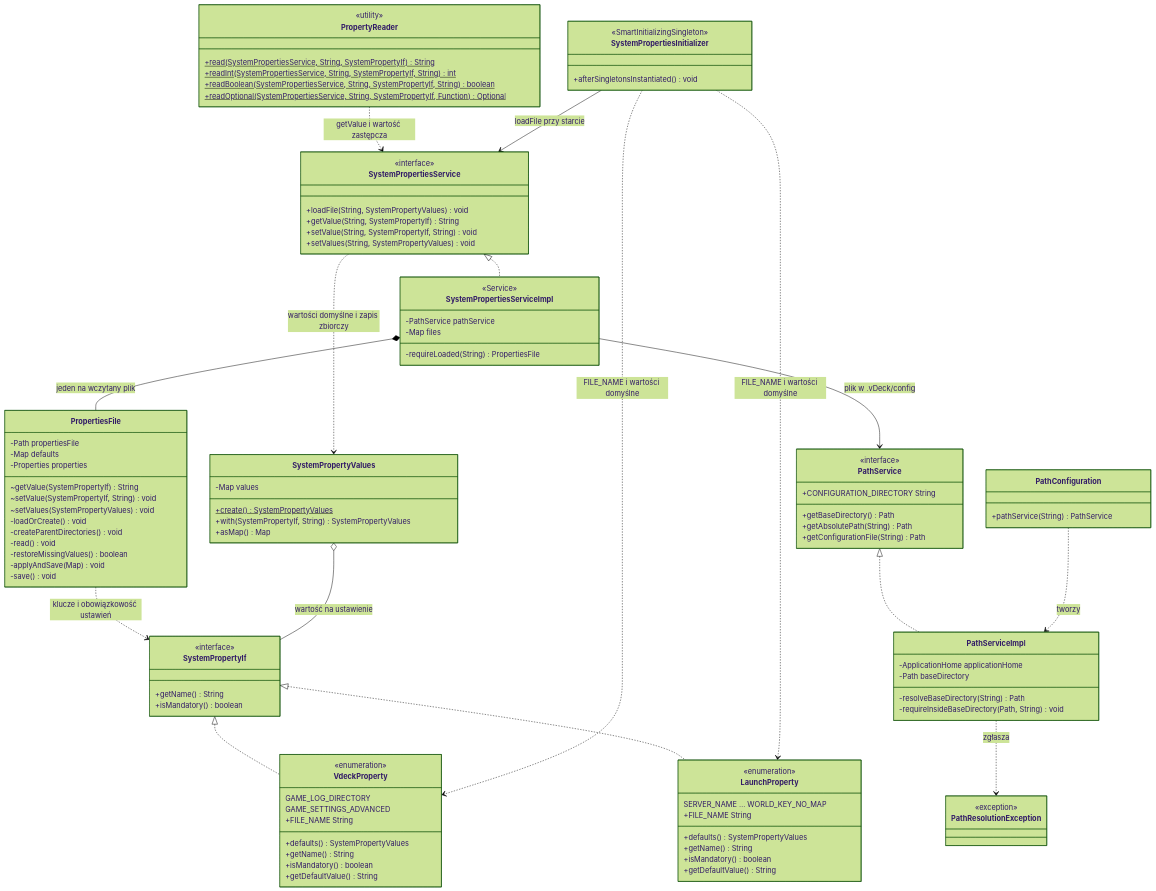
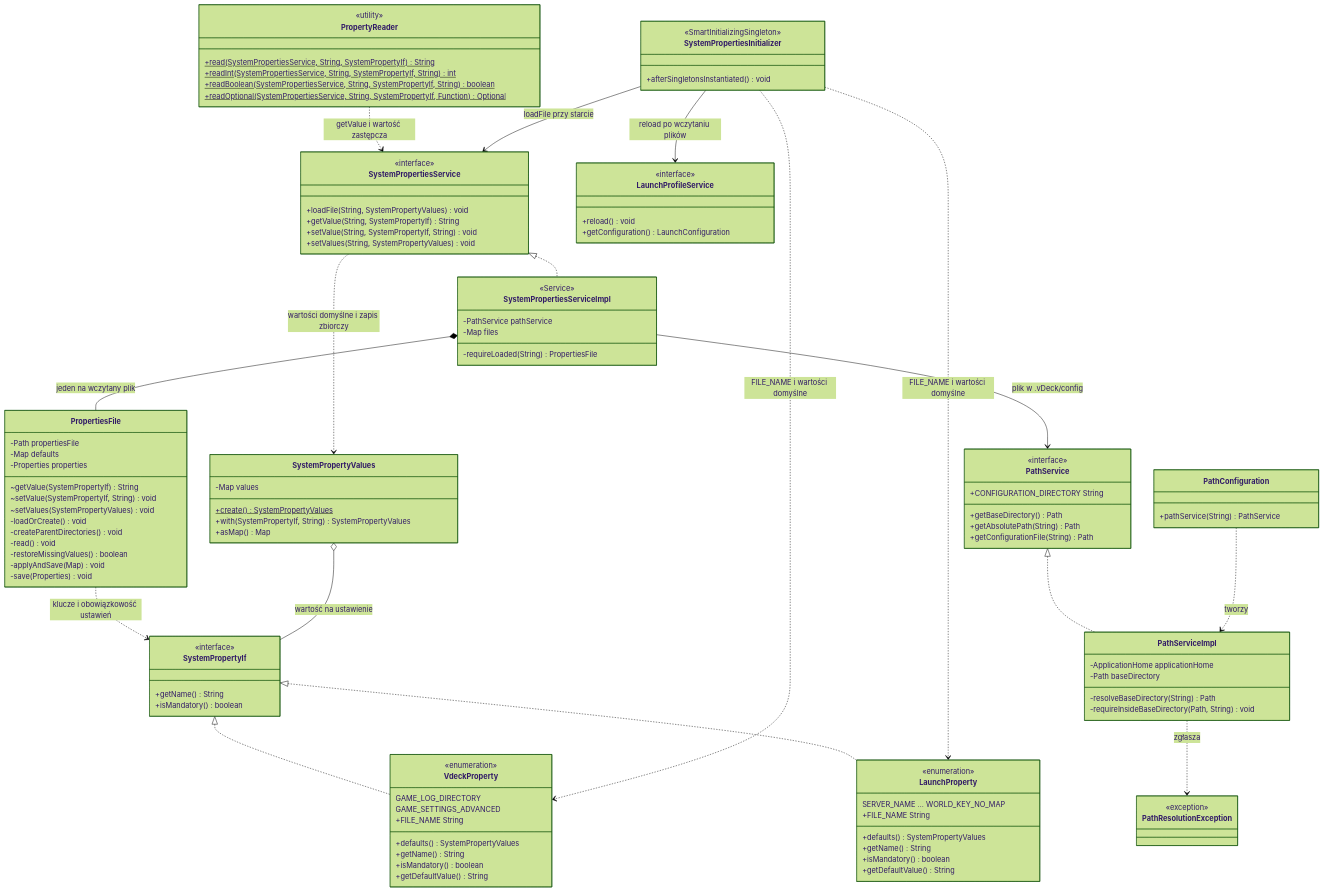
The diagram in dokumentacja/diagramy/wspolne/klasy-konfiguracja.mmd (Pplociennik/vDeck), drawn with Mermaid (forest theme) before and after one commit. The commit also changed 85 other files, not shown here.

```diff
--- a/dokumentacja/diagramy/wspolne/klasy-konfiguracja.mmd
+++ b/dokumentacja/diagramy/wspolne/klasy-konfiguracja.mmd
@@ -1,119 +1,126 @@
 %% Diagram klas: infrastruktura konfiguracji i rozwiązywania ścieżek
 classDiagram
     direction TB
 
     class SystemPropertyIf {
         <<interface>>
         +getName() String
         +isMandatory() boolean
     }
 
     class VdeckProperty {
         <<enumeration>>
         GAME_LOG_DIRECTORY
         GAME_SETTINGS_ADVANCED
         +FILE_NAME String
         +defaults() SystemPropertyValues
         +getName() String
         +isMandatory() boolean
         +getDefaultValue() String
     }
 
     class LaunchProperty {
         <<enumeration>>
         SERVER_NAME … WORLD_KEY_NO_MAP
         +FILE_NAME String
         +defaults() SystemPropertyValues
         +getName() String
         +isMandatory() boolean
         +getDefaultValue() String
     }
 
     class SystemPropertyValues {
         -Map values
         +create()$ SystemPropertyValues
         +with(SystemPropertyIf, String) SystemPropertyValues
         +asMap() Map
     }
 
     class PropertyReader {
         <<utility>>
         +read(SystemPropertiesService, String, SystemPropertyIf)$ String
         +readInt(SystemPropertiesService, String, SystemPropertyIf, String)$ int
         +readBoolean(SystemPropertiesService, String, SystemPropertyIf, String)$ boolean
         +readOptional(SystemPropertiesService, String, SystemPropertyIf, Function)$ Optional
     }
 
     class SystemPropertiesService {
         <<interface>>
         +loadFile(String, SystemPropertyValues) void
         +getValue(String, SystemPropertyIf) String
         +setValue(String, SystemPropertyIf, String) void
         +setValues(String, SystemPropertyValues) void
     }
 
     class SystemPropertiesServiceImpl {
         <<Service>>
         -PathService pathService
         -Map files
         -requireLoaded(String) PropertiesFile
     }
 
     class PropertiesFile {
         -Path propertiesFile
         -Map defaults
         -Properties properties
         ~getValue(SystemPropertyIf) String
         ~setValue(SystemPropertyIf, String) void
         ~setValues(SystemPropertyValues) void
         -loadOrCreate() void
         -createParentDirectories() void
         -read() void
         -restoreMissingValues() boolean
         -applyAndSave(Map) void
-        -save() void
+        -save(Properties) void
     }
 
     class PathService {
         <<interface>>
         +CONFIGURATION_DIRECTORY String
         +getBaseDirectory() Path
         +getAbsolutePath(String) Path
         +getConfigurationFile(String) Path
     }
 
     class PathServiceImpl {
         -ApplicationHome applicationHome
         -Path baseDirectory
         -resolveBaseDirectory(String) Path
         -requireInsideBaseDirectory(Path, String) void
     }
 
     class PathResolutionException {
         <<exception>>
     }
 
     class PathConfiguration {
         +pathService(String) PathService
     }
 
     class SystemPropertiesInitializer {
         <<SmartInitializingSingleton>>
         +afterSingletonsInstantiated() void
     }
 
+    class LaunchProfileService {
+        <<interface>>
+        +reload() void
+        +getConfiguration() LaunchConfiguration
+    }
+
+    SystemPropertiesInitializer --> LaunchProfileService : reload po wczytaniu plików
     SystemPropertyIf <|.. VdeckProperty
     SystemPropertyIf <|.. LaunchProperty
     SystemPropertiesService <|.. SystemPropertiesServiceImpl
     SystemPropertiesServiceImpl *-- PropertiesFile : jeden na wczytany plik
     SystemPropertiesServiceImpl --> PathService : plik w .vDeck/config
     PropertiesFile ..> SystemPropertyIf : klucze i obowiązkowość ustawień
     SystemPropertyValues o-- SystemPropertyIf : wartość na ustawienie
     SystemPropertiesService ..> SystemPropertyValues : wartości domyślne i zapis zbiorczy
     PropertyReader ..> SystemPropertiesService : getValue i wartość zastępcza
     PathService <|.. PathServiceImpl
     PathServiceImpl ..> PathResolutionException : zgłasza
     PathConfiguration ..> PathServiceImpl : tworzy
     SystemPropertiesInitializer --> SystemPropertiesService : loadFile przy starcie
     SystemPropertiesInitializer ..> VdeckProperty : FILE_NAME i wartości domyślne
     SystemPropertiesInitializer ..> LaunchProperty : FILE_NAME i wartości domyślne
```
